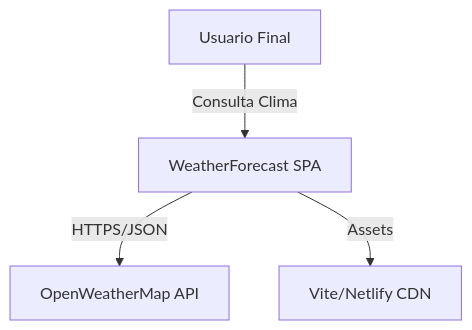
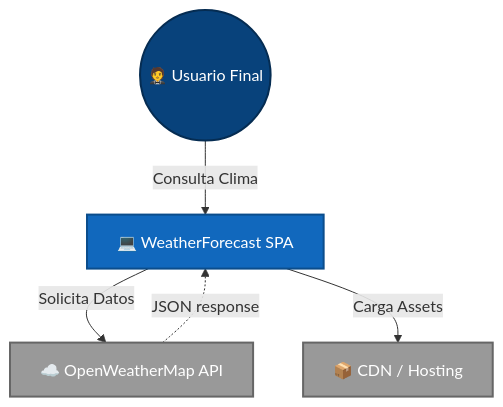
One commit to Slinkter/myprojectapi08 changed the first of 4 diagrams in src/docs/DOCUMENTACION_SOFTWARE.md. Above: the diagram before and after it, drawn with Mermaid. The commit also changed other lines of this file and 1 other file, not shown here.

````diff
--- a/src/docs/DOCUMENTACION_SOFTWARE.md
+++ b/src/docs/DOCUMENTACION_SOFTWARE.md
@@ -76,6 +77,17 @@
 ```mermaid
-graph TD
-    User[Usuario Final] -->|Consulta Clima| SPA[WeatherForecast SPA]
-    SPA -->|HTTPS/JSON| API[OpenWeatherMap API]
-    SPA -->|Assets| CDN[Vite/Netlify CDN]
+flowchart TD
+    %% Estilos
+    classDef person fill:#08427b,stroke:#052c52,stroke-width:2px,color:#ffffff;
+    classDef system fill:#1168bd,stroke:#0b4d8c,stroke-width:2px,color:#ffffff;
+    classDef external fill:#999999,stroke:#666666,stroke-width:2px,color:#ffffff;
+    
+    User((🤵 Usuario Final)):::person
+    SPA[💻 WeatherForecast SPA]:::system
+    API[☁️ OpenWeatherMap API]:::external
+    CDN[📦 CDN / Hosting]:::external
+
+    User -->|Consulta Clima| SPA
+    SPA -->|Solicita Datos| API
+    SPA -->|Carga Assets| CDN
+    API -.->|JSON response| SPA
 ```
````
